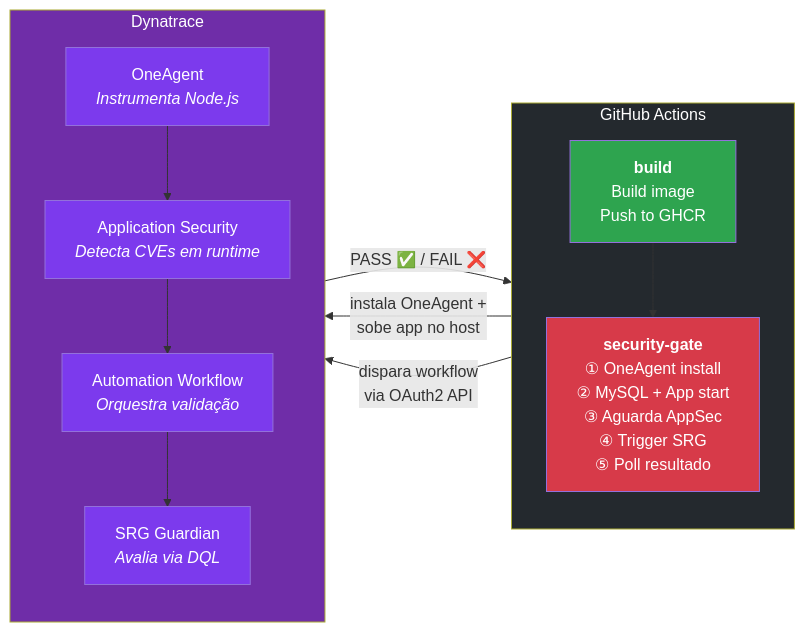
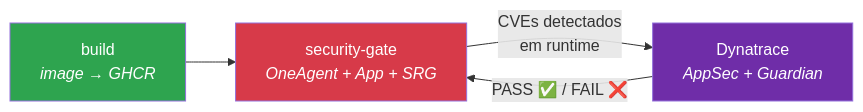
Before and after one commit to brunoxy01/srg-vulnerable-app: the diagram in README.md, drawn with Mermaid. The commit also changed other lines of this file, not shown here.

````diff
--- a/README.md
+++ b/README.md
@@ -11,33 +11,10 @@
 ```mermaid
 flowchart LR
-    subgraph GH["GitHub Actions"]
-        direction TB
-        B["<b>build</b><br/>Build image<br/>Push to GHCR"]
-        SG["<b>security-gate</b><br/>① OneAgent install<br/>② MySQL + App start<br/>③ Aguarda AppSec<br/>④ Trigger SRG<br/>⑤ Poll resultado"]
-        B --> SG
-    end
+    B["build<br/><i>image → GHCR</i>"] --> SG["security-gate<br/><i>OneAgent + App + SRG</i>"]
+    SG -- "CVEs detectados<br/>em runtime" --> DT["Dynatrace<br/><i>AppSec + Guardian</i>"]
+    DT -- "PASS ✅ / FAIL ❌" --> SG
 
-    subgraph DT["Dynatrace"]
-        direction TB
-        OA["OneAgent<br/><i>Instrumenta Node.js</i>"]
-        AS["Application Security<br/><i>Detecta CVEs em runtime</i>"]
-        WF["Automation Workflow<br/><i>Orquestra validação</i>"]
-        GRD["SRG Guardian<br/><i>Avalia via DQL</i>"]
-        OA --> AS
-        AS --> WF
-        WF --> GRD
-    end
-
-    SG -- "instala OneAgent +<br/>sobe app no host" --> OA
-    SG -- "dispara workflow<br/>via OAuth2 API" --> WF
-    GRD -- "PASS ✅ / FAIL ❌" --> SG
-
-    style GH fill:#24292e,color:#fff
-    style DT fill:#6f2da8,color:#fff
     style B fill:#2ea44f,color:#fff
     style SG fill:#d73a49,color:#fff
-    style OA fill:#7c3aed,color:#fff
-    style AS fill:#7c3aed,color:#fff
-    style WF fill:#7c3aed,color:#fff
-    style GRD fill:#7c3aed,color:#fff
+    style DT fill:#6f2da8,color:#fff
 ```
````
